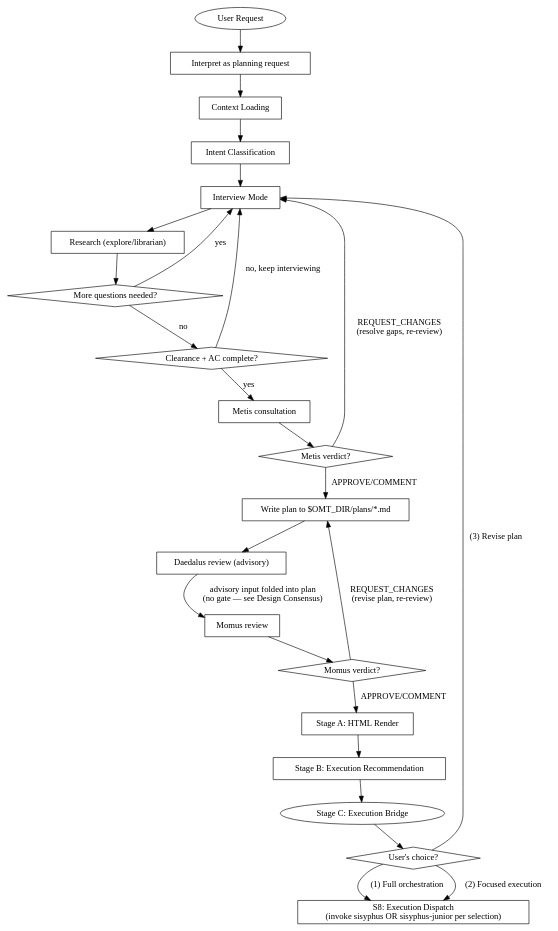
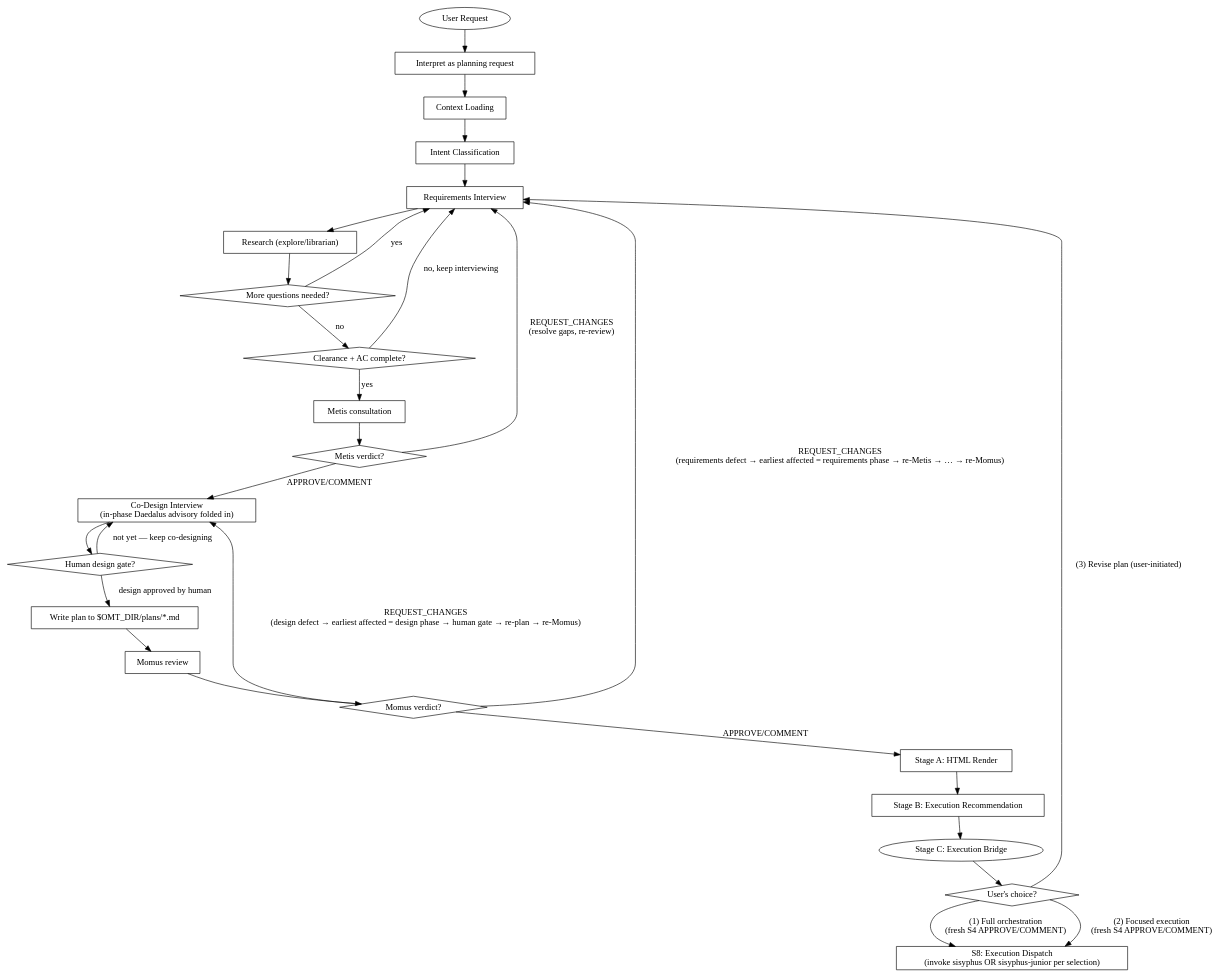
One commit to toongri/oh-my-toong-playground changed the diagram in skills/prometheus/SKILL.md. Above: the diagram before and after it, drawn with Graphviz. The commit also changed other lines of this file, not shown here.

First line of the commit message:
refactor(prometheus): S0-S8 상태명 재레이블 + Co-Design 상태 구조화

````diff
--- a/skills/prometheus/SKILL.md
+++ b/skills/prometheus/SKILL.md
@@ -68,49 +68,53 @@
 ```dot
 digraph prometheus_flow {
     rankdir=TB;
     "User Request" [shape=ellipse];
     "Interpret as planning request" [shape=box];
     "Context Loading" [shape=box];
     "Intent Classification" [shape=box];
-    "Interview Mode" [shape=box];
+    "Requirements Interview" [shape=box];
     "Research (explore/librarian)" [shape=box];
     "More questions needed?" [shape=diamond];
     "Clearance + AC complete?" [shape=diamond];
     "Metis consultation" [shape=box];
     "Metis verdict?" [shape=diamond];
+    "Co-Design Interview\n(in-phase Daedalus advisory folded in)" [shape=box];
+    "Human design gate?" [shape=diamond];
     "Write plan to $OMT_DIR/plans/*.md" [shape=box];
-    "Daedalus review (advisory)" [shape=box];
     "Momus review" [shape=box];
     "Momus verdict?" [shape=diamond];
     "Stage A: HTML Render" [shape=box];
     "Stage B: Execution Recommendation" [shape=box];
     "Stage C: Execution Bridge" [shape=ellipse];
     "User's choice?" [shape=diamond];
     "S8: Execution Dispatch\n(invoke sisyphus OR sisyphus-junior per selection)" [shape=box];
 
     "User Request" -> "Interpret as planning request";
     "Interpret as planning request" -> "Context Loading";
     "Context Loading" -> "Intent Classification";
-    "Intent Classification" -> "Interview Mode";
-    "Interview Mode" -> "Research (explore/librarian)";
+    "Intent Classification" -> "Requirements Interview";
+    "Requirements Interview" -> "Research (explore/librarian)";
     "Research (explore/librarian)" -> "More questions needed?";
-    "More questions needed?" -> "Interview Mode" [label="yes"];
+    "More questions needed?" -> "Requirements Interview" [label="yes"];
     "More questions needed?" -> "Clearance + AC complete?" [label="no"];
-    "Clearance + AC complete?" -> "Interview Mode" [label="no, keep interviewing"];
+    "Clearance + AC complete?" -> "Requirements Interview" [label="no, keep interviewing"];
     "Clearance + AC complete?" -> "Metis consultation" [label="yes"];
     "Metis consultation" -> "Metis verdict?";
-    "Metis verdict?" -> "Interview Mode" [label="REQUEST_CHANGES\n(resolve gaps, re-review)"];
-    "Metis verdict?" -> "Write plan to $OMT_DIR/plans/*.md" [label="APPROVE/COMMENT"];
-    "Write plan to $OMT_DIR/plans/*.md" -> "Daedalus review (advisory)";
-    "Daedalus review (advisory)" -> "Momus review" [label="advisory input folded into plan\n(no gate — see Design Consensus)"];
+    "Metis verdict?" -> "Requirements Interview" [label="REQUEST_CHANGES\n(resolve gaps, re-review)"];
+    "Metis verdict?" -> "Co-Design Interview\n(in-phase Daedalus advisory folded in)" [label="APPROVE/COMMENT"];
+    "Co-Design Interview\n(in-phase Daedalus advisory folded in)" -> "Human design gate?";
+    "Human design gate?" -> "Co-Design Interview\n(in-phase Daedalus advisory folded in)" [label="not yet — keep co-designing"];
+    "Human design gate?" -> "Write plan to $OMT_DIR/plans/*.md" [label="design approved by human"];
+    "Write plan to $OMT_DIR/plans/*.md" -> "Momus review";
     "Momus review" -> "Momus verdict?";
-    "Momus verdict?" -> "Write plan to $OMT_DIR/plans/*.md" [label="REQUEST_CHANGES\n(revise plan, re-review)"];
+    "Momus verdict?" -> "Requirements Interview" [label="REQUEST_CHANGES\n(requirements defect → earliest affected = requirements phase → re-Metis → … → re-Momus)"];
+    "Momus verdict?" -> "Co-Design Interview\n(in-phase Daedalus advisory folded in)" [label="REQUEST_CHANGES\n(design defect → earliest affected = design phase → human gate → re-plan → re-Momus)"];
     "Momus verdict?" -> "Stage A: HTML Render" [label="APPROVE/COMMENT"];
     "Stage A: HTML Render" -> "Stage B: Execution Recommendation";
     "Stage B: Execution Recommendation" -> "Stage C: Execution Bridge";
     "Stage C: Execution Bridge" -> "User's choice?";
-    "User's choice?" -> "S8: Execution Dispatch\n(invoke sisyphus OR sisyphus-junior per selection)" [label="(1) Full orchestration"];
-    "User's choice?" -> "S8: Execution Dispatch\n(invoke sisyphus OR sisyphus-junior per selection)" [label="(2) Focused execution"];
-    "User's choice?" -> "Interview Mode" [label="(3) Revise plan"];
+    "User's choice?" -> "S8: Execution Dispatch\n(invoke sisyphus OR sisyphus-junior per selection)" [label="(1) Full orchestration\n(fresh S4 APPROVE/COMMENT)"];
+    "User's choice?" -> "S8: Execution Dispatch\n(invoke sisyphus OR sisyphus-junior per selection)" [label="(2) Focused execution\n(fresh S4 APPROVE/COMMENT)"];
+    "User's choice?" -> "Requirements Interview" [label="(3) Revise plan (user-initiated)"];
 }
 ```
````
